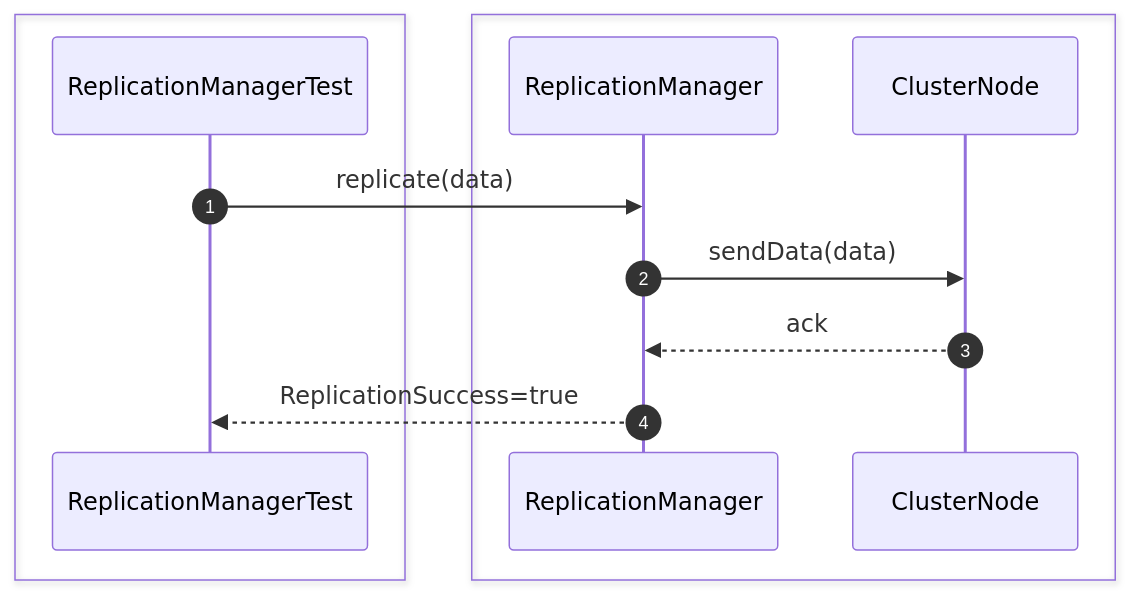
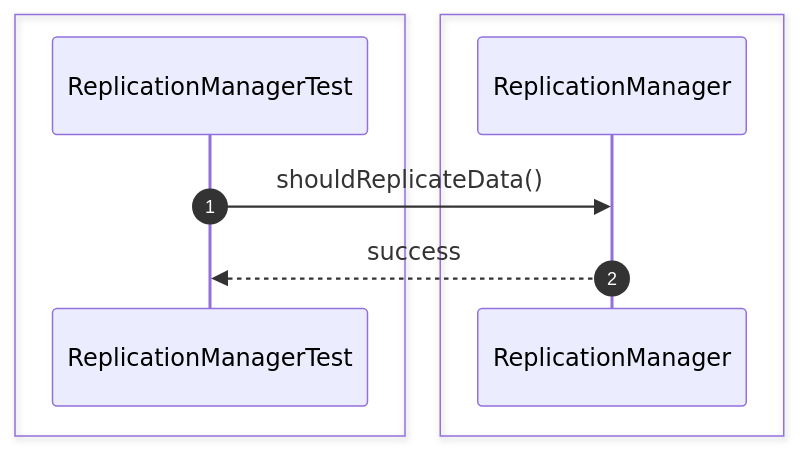
The first of 26 diagrams in src/sequence/replication.md (Huy1801214/dbms-architecture), drawn with Mermaid before and after one commit. The commit also changed other lines of this file and 68 other files, not shown here.

Commit message:
implement comprehensive unit test suite and architectural sequence documentation

````diff
--- a/src/sequence/replication.md
+++ b/src/sequence/replication.md
@@ -6,17 +6,13 @@
 ```mermaid
 sequenceDiagram
     autonumber
-
     box #e1f5fe Test Suite
     participant Test as ReplicationManagerTest
     end
-    box #ffebee Replication Components
-    participant Manager as ReplicationManager
-    participant Node as ClusterNode
+    box #e3f2fd ReplicationManager Component
+    participant RM as ReplicationManager
     end
 
-    Test->>Manager: replicate(data)
-    Manager->>Node: sendData(data)
-    Node-->>Manager: ack
-    Manager-->>Test: ReplicationSuccess=true
+    Test->>RM: shouldReplicateData()
+    RM-->>Test: success
 ```
````
